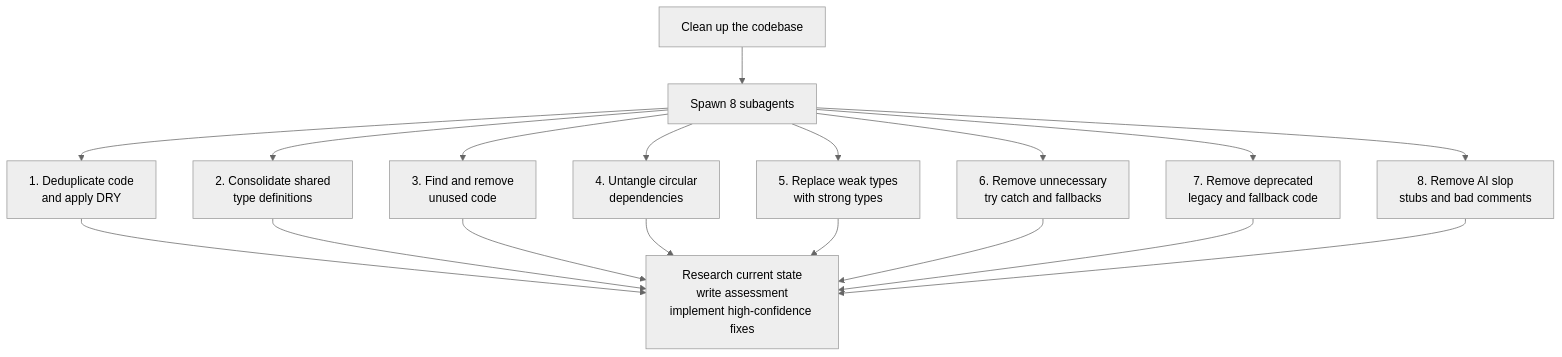
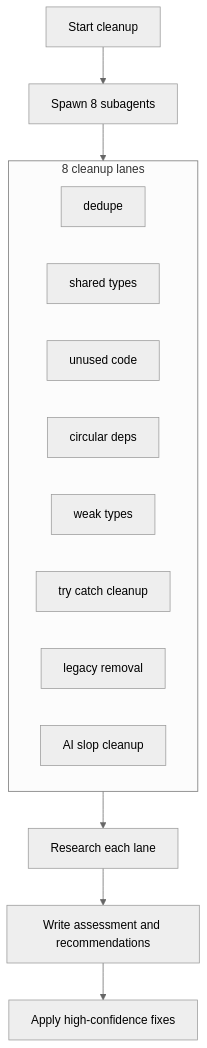
One commit to jasperdevs/slop-cleanup changed the diagram in README.md. Above: the diagram before and after it, drawn with Mermaid (neutral theme).

Commit message:
Simplify README diagram

````diff
--- a/README.md
+++ b/README.md
@@ -13,23 +13,21 @@
 ```mermaid
 flowchart TD
-    A[Clean up the codebase]
-    A --> B[Spawn 8 subagents]
+    A[Start cleanup] --> B[Spawn 8 subagents]
+    B --> C
 
-    B --> C[1. Deduplicate code<br/>and apply DRY]
-    B --> D[2. Consolidate shared<br/>type definitions]
-    B --> E[3. Find and remove<br/>unused code]
-    B --> F[4. Untangle circular<br/>dependencies]
-    B --> G[5. Replace weak types<br/>with strong types]
-    B --> H[6. Remove unnecessary<br/>try catch and fallbacks]
-    B --> I[7. Remove deprecated<br/>legacy and fallback code]
-    B --> J[8. Remove AI slop<br/>stubs and bad comments]
+    subgraph C[8 cleanup lanes]
+        direction LR
+        C1[dedupe]
+        C2[shared types]
+        C3[unused code]
+        C4[circular deps]
+        C5[weak types]
+        C6[try catch cleanup]
+        C7[legacy removal]
+        C8[AI slop cleanup]
+    end
 
-    C --> K[Research current state<br/>write assessment<br/>implement high-confidence fixes]
-    D --> K
-    E --> K
-    F --> K
-    G --> K
-    H --> K
-    I --> K
-    J --> K
+    C --> D[Research each lane]
+    D --> E[Write assessment and recommendations]
+    E --> F[Apply high-confidence fixes]
 ```
````
